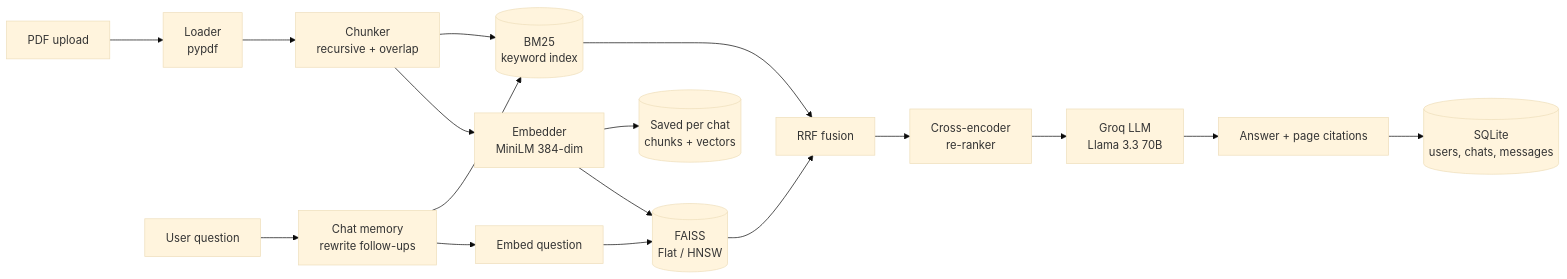
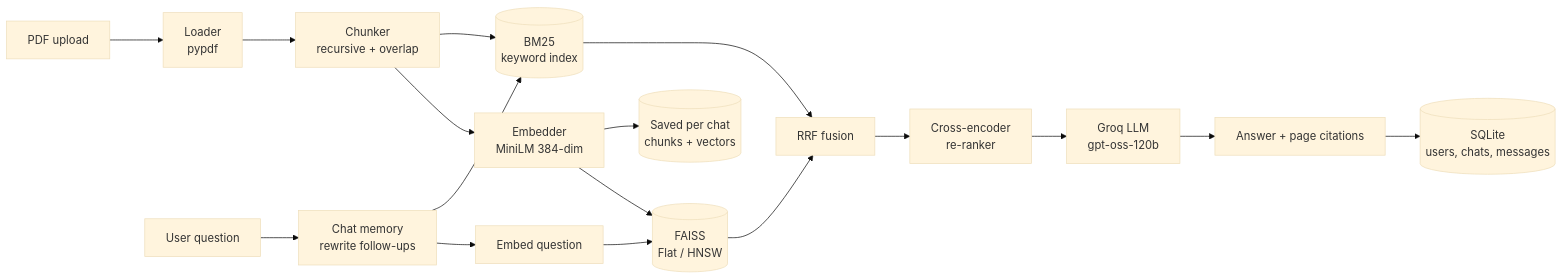
Before and after one commit to mustafa-amjad/Doc-Mind-Rag: the diagram in README.md, drawn with Mermaid (base theme). The commit also changed other lines of this file and 6 other files, not shown here.

First line of the commit message:
fix: use gpt-oss-120b, correct false premises, describe chart-only PDF pages

````diff
--- a/README.md
+++ b/README.md
@@ -41,19 +41,19 @@
 ```mermaid
 flowchart LR
     A[PDF upload] --> B[Loader<br/>pypdf]
     B --> C[Chunker<br/>recursive + overlap]
     C --> D[Embedder<br/>MiniLM 384-dim]
     D --> E[(FAISS<br/>Flat / HNSW)]
     C --> F[(BM25<br/>keyword index)]
     D --> S[(Saved per chat<br/>chunks + vectors)]
     Q[User question] --> M[Chat memory<br/>rewrite follow-ups]
     M --> G[Embed question]
     G --> E
     M --> F
     E --> H[RRF fusion]
     F --> H
     H --> I[Cross-encoder<br/>re-ranker]
-    I --> J[Groq LLM<br/>Llama 3.3 70B]
+    I --> J[Groq LLM<br/>gpt-oss-120b]
     J --> K[Answer + page citations]
     K --> DB[(SQLite<br/>users, chats, messages)]
 ```
````
